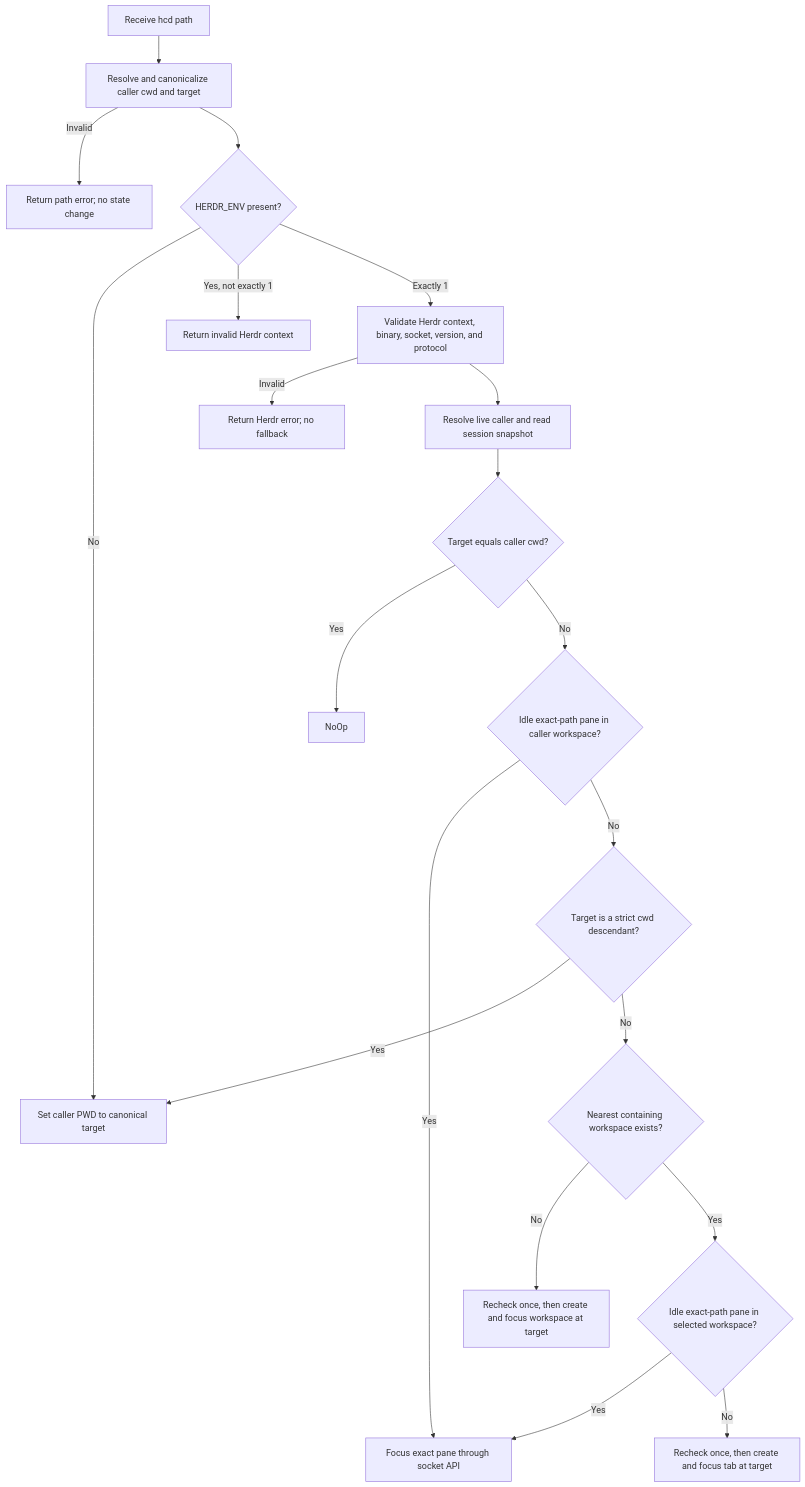
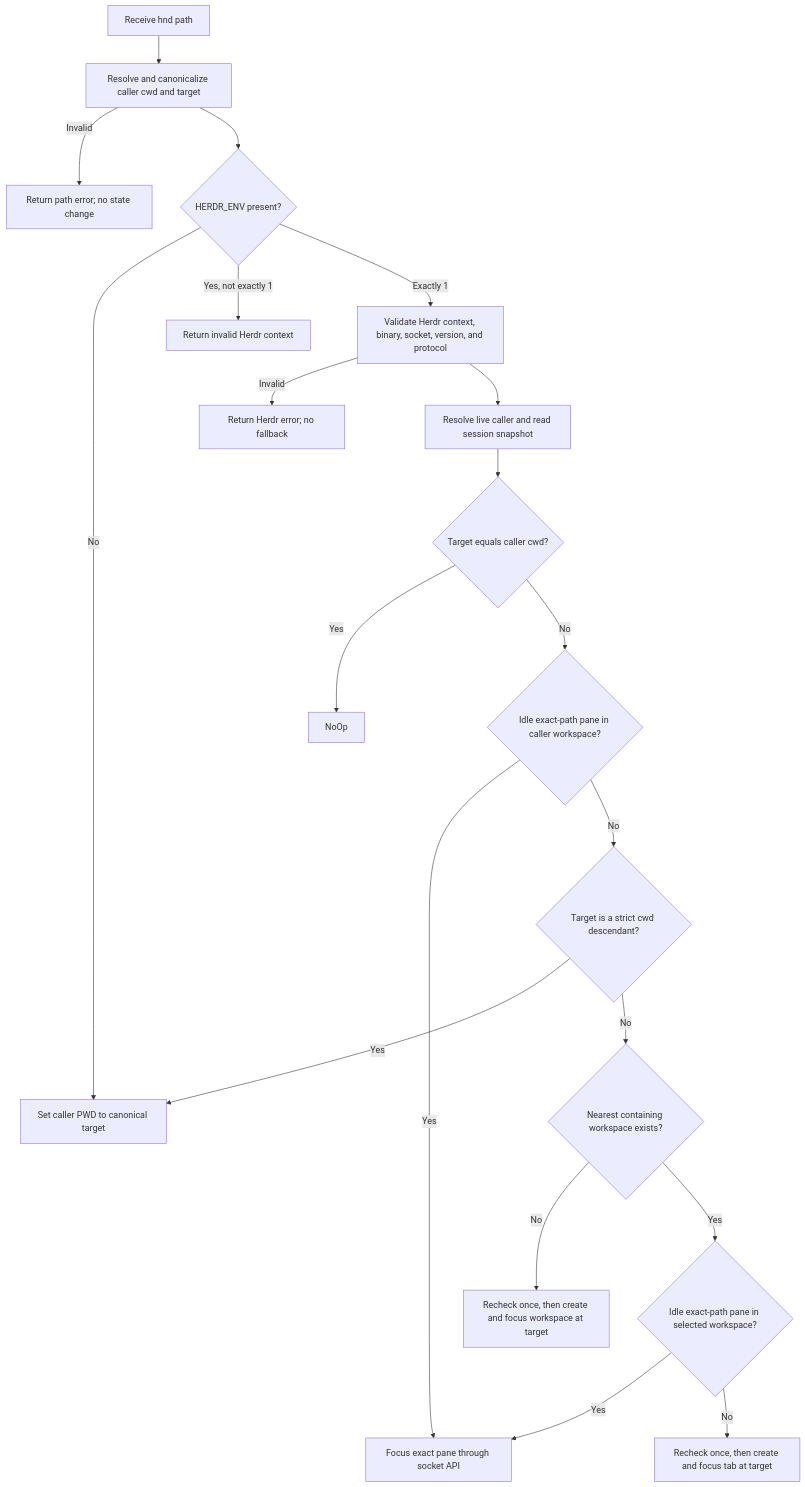
Before and after one commit to chuang861012/nu_herdr_navigate_directory: the diagram in docs/system-design.md, drawn with Mermaid. The commit also changed other lines of this file and 21 other files, not shown here.

First line of the commit message:
refactor: rename herdr_cd to herdr_navigate_directory and hcd to hnd (#5)

````diff
--- a/docs/system-design.md
+++ b/docs/system-design.md
@@ -276,22 +276,22 @@
 ```mermaid
 flowchart TD
-    A[Receive hcd path] --> B[Resolve and canonicalize caller cwd and target]
+    A[Receive hnd path] --> B[Resolve and canonicalize caller cwd and target]
     B -->|Invalid| E1[Return path error; no state change]
     B --> C{HERDR_ENV present?}
     C -->|No| D[Set caller PWD to canonical target]
     C -->|Yes, not exactly 1| E2[Return invalid Herdr context]
     C -->|Exactly 1| F[Validate Herdr context, binary, socket, version, and protocol]
     F -->|Invalid| E3[Return Herdr error; no fallback]
     F --> G[Resolve live caller and read session snapshot]
     G --> H{Target equals caller cwd?}
     H -->|Yes| N[NoOp]
     H -->|No| I{Idle exact-path pane in caller workspace?}
     I -->|Yes| J[Focus exact pane through socket API]
     I -->|No| K{Target is a strict cwd descendant?}
     K -->|Yes| D
     K -->|No| L{Nearest containing workspace exists?}
     L -->|No| M[Recheck once, then create and focus workspace at target]
     L -->|Yes| O{Idle exact-path pane in selected workspace?}
     O -->|Yes| J
     O -->|No| P[Recheck once, then create and focus tab at target]
 ```
````
